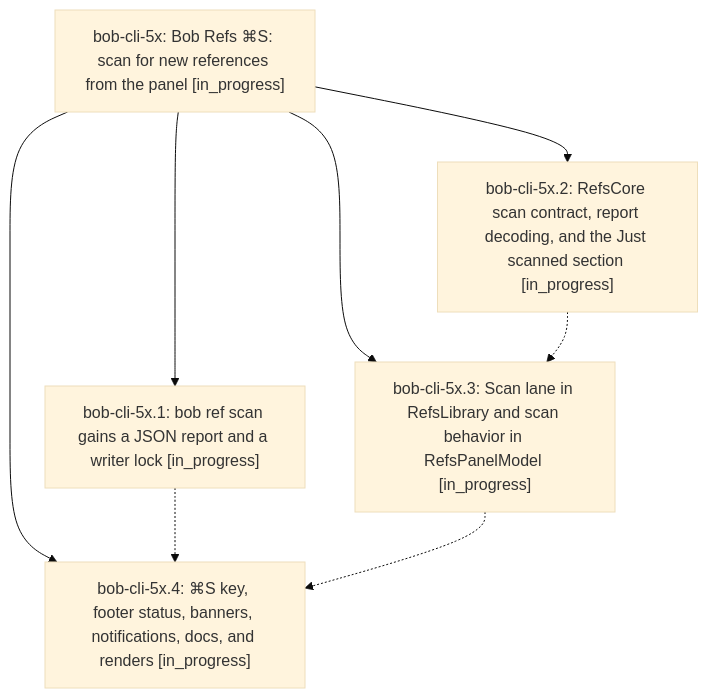
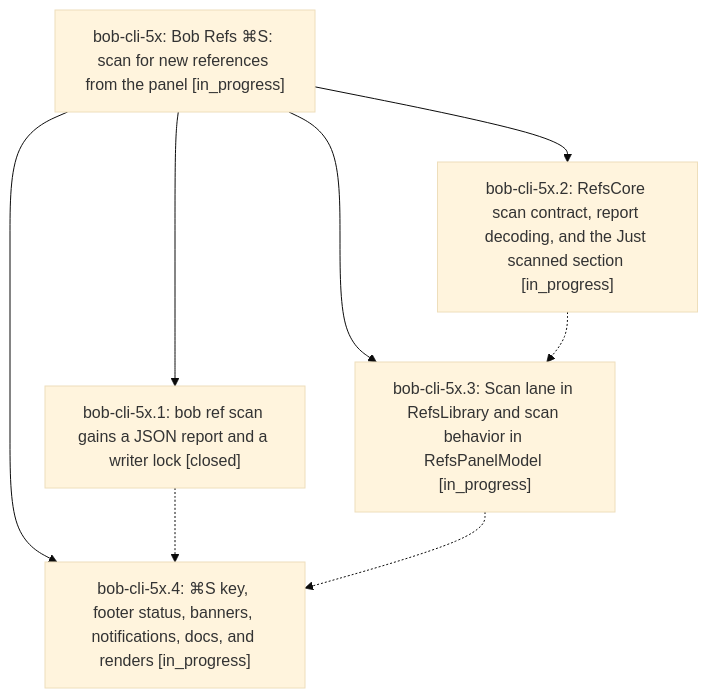
Before and after one commit to bobs-org/bob-cli--beads: the diagram in pages/bob-cli-5x/README.md, drawn with Mermaid (base theme). The commit also changed other lines of this file and 3 other files, not shown here.

First line of the commit message:
chore(beads): sync bead state and pages for bob-cli-5x

````diff
--- a/pages/bob-cli-5x/README.md
+++ b/pages/bob-cli-5x/README.md
@@ -25,15 +25,15 @@
 ```mermaid
 flowchart TD
     n0["bob-cli-5x: Bob Refs ⌘S: scan for new references from the panel [in_progress]"]
-    n1["bob-cli-5x.1: bob ref scan gains a JSON report and a writer lock [in_progress]"]
+    n1["bob-cli-5x.1: bob ref scan gains a JSON report and a writer lock [closed]"]
     n2["bob-cli-5x.2: RefsCore scan contract, report decoding, and the Just scanned section [in_progress]"]
     n3["bob-cli-5x.3: Scan lane in RefsLibrary and scan behavior in RefsPanelModel [in_progress]"]
     n4["bob-cli-5x.4: ⌘S key, footer status, banners, notifications, docs, and renders [in_progress]"]
     n0 --> n1
     n0 --> n2
     n0 --> n3
     n0 --> n4
     n1 -.-> n4
     n2 -.-> n3
     n3 -.-> n4
 ```
````
